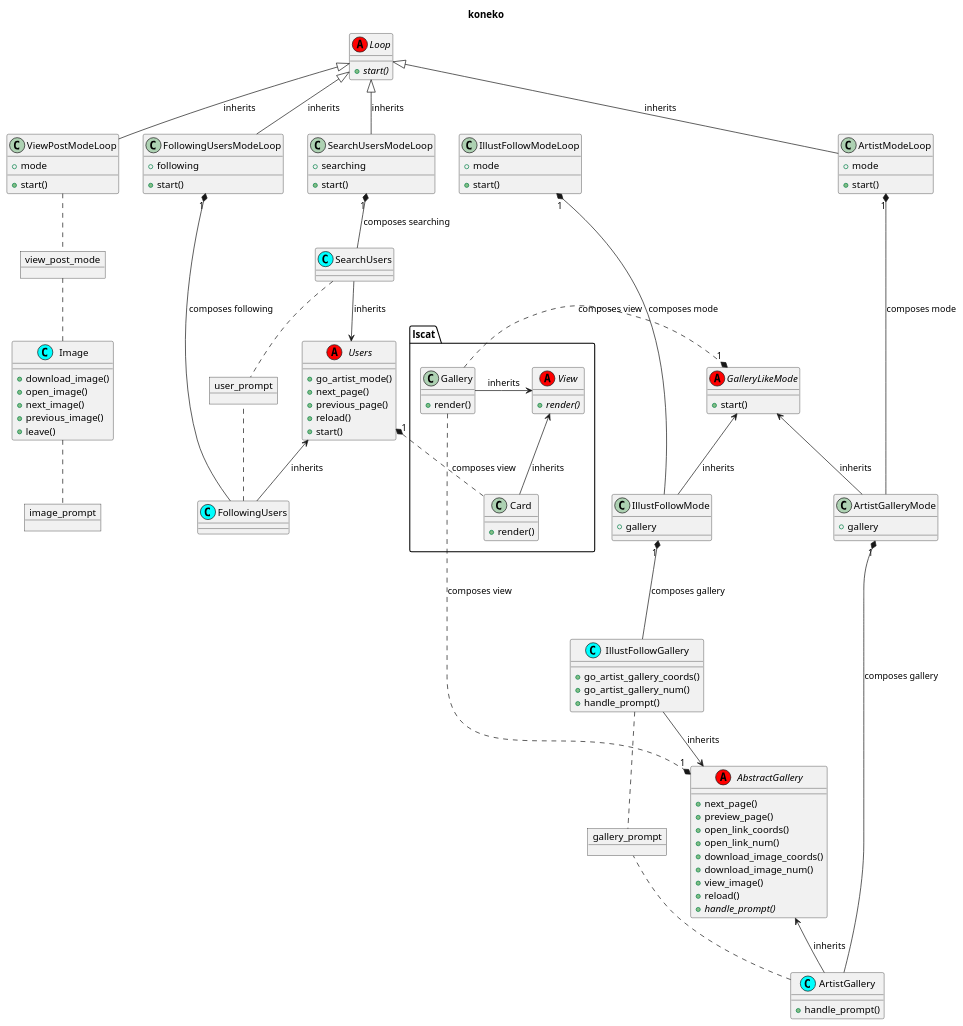
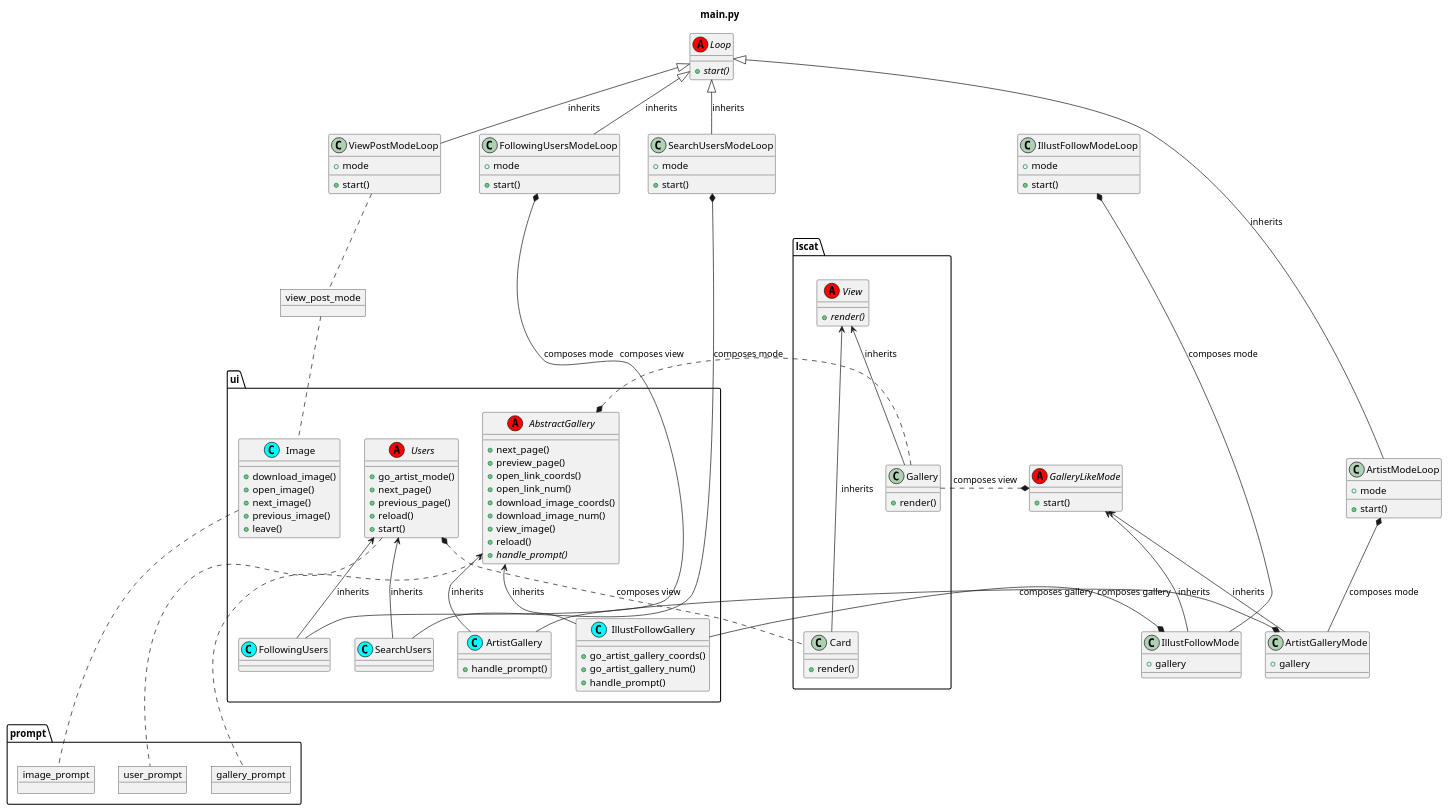
One commit to akazukin5151/koneko-old changed the diagram in classes.puml. Above: the diagram before and after it, drawn with PlantUML. The commit also changed 1 other file, not shown here.

Commit message:
Updated UML diagram

```diff
--- a/classes.puml
+++ b/classes.puml
@@ -1,151 +1,148 @@
 @startuml
 
-title koneko
-
+title main.py
 
 abstract class Loop <<(A, red)>>{
   +{abstract}start()
 }
 
 class ArtistModeLoop {
     + mode
     +start()
 }
 class IllustFollowModeLoop {
     + mode
     +start()
 }
 Loop <|-down- ArtistModeLoop: inherits
 Loop <|-down[hidden]- IllustFollowModeLoop: inherits
 
 
 abstract class GalleryLikeMode <<(A, red)>>{
     +start()
 }
 class ArtistGalleryMode {
     + gallery
 }
 class IllustFollowMode {
     + gallery
 }
-abstract class AbstractGallery <<(A, red)>>{
+abstract class ui.AbstractGallery <<(A, red)>>{
     +next_page()
     +preview_page()
     +open_link_coords()
     +open_link_num()
     +download_image_coords()
     +download_image_num()
     +view_image()
     +reload()
     +{abstract}handle_prompt()
 }
 
-class ArtistGallery <<(C, cyan)>>{
+class ui.ArtistGallery <<(C, cyan)>>{
     +handle_prompt()
 }
-class IllustFollowGallery <<(C, cyan)>>{
+class ui.IllustFollowGallery <<(C, cyan)>>{
     +go_artist_gallery_coords()
     +go_artist_gallery_num()
     +handle_prompt()
 }
-object gallery_prompt
-
 GalleryLikeMode <-down- ArtistGalleryMode: inherits
-ArtistModeLoop "1" *-down- ArtistGalleryMode: composes mode
+ArtistModeLoop*-down- ArtistGalleryMode: composes mode
 
 GalleryLikeMode <-down- IllustFollowMode: inherits
-IllustFollowModeLoop "1" *-down- IllustFollowMode: composes mode
+IllustFollowModeLoop*-down- IllustFollowMode: composes mode
 
-AbstractGallery <-down- IllustFollowGallery: inherits
-IllustFollowMode "1" *-down-- IllustFollowGallery: composes gallery
+ui.AbstractGallery <-down- ui.IllustFollowGallery: inherits
+IllustFollowMode*-down-- ui.IllustFollowGallery: composes gallery
 
-AbstractGallery <-down- ArtistGallery: inherits
-ArtistGalleryMode "1" *-down-- ArtistGallery: composes gallery
+ui.AbstractGallery <-down- ui.ArtistGallery: inherits
+ArtistGalleryMode*-down-- ui.ArtistGallery: composes gallery
 
-gallery_prompt -right[hidden]-> AbstractGallery
-ArtistGallery .right. gallery_prompt
-IllustFollowGallery .right. gallery_prompt
+ui.ArtistGallery -right[hidden]-> ui.IllustFollowGallery
 
 class ViewPostModeLoop {
     + mode
     +start()
 }
 object view_post_mode
-object image_prompt
-class Image <<(C, cyan)>>{
+class ui.Image <<(C, cyan)>>{
     + download_image()
     + open_image()
     + next_image()
     + previous_image()
     + leave()
 }
 
-ViewPostModeLoop -right[hidden]-> SearchUsersModeLoop
 Loop <|-down- ViewPostModeLoop: inherits
 ViewPostModeLoop .. view_post_mode
-view_post_mode .. Image
-Image .. image_prompt
+view_post_mode .. ui.Image
 
 
 class FollowingUsersModeLoop {
-    + following
+    + mode
     +start()
 }
 class SearchUsersModeLoop {
-    + searching
+    + mode
     +start()
 }
-object user_prompt
-
-FollowingUsersModeLoop -right[hidden]-> IllustFollowModeLoop
-SearchUsersModeLoop -right[hidden]-> IllustFollowModeLoop
 Loop <|-down- FollowingUsersModeLoop: inherits
 Loop <|-down- SearchUsersModeLoop: inherits
 
-user_prompt -right[hidden]-> Users
-FollowingUsers .. user_prompt
-SearchUsers .. user_prompt
-
-class FollowingUsers <<(C, cyan)>>
-class SearchUsers <<(C, cyan)>>
-abstract class Users <<(A, red)>>{
+class ui.FollowingUsers <<(C, cyan)>>
+class ui.SearchUsers <<(C, cyan)>>
+abstract class ui.Users <<(A, red)>>{
     +go_artist_mode()
     +next_page()
     +previous_page()
     +reload()
     +start()
 }
-Users <-down- FollowingUsers: inherits
-Users <-down- SearchUsers: inherits
-FollowingUsersModeLoop "1" *-down- FollowingUsers: composes following
-SearchUsersModeLoop "1" *-down- SearchUsers: composes searching
+ui.Users <-down- ui.FollowingUsers: inherits
+ui.Users <-down- ui.SearchUsers: inherits
+FollowingUsersModeLoop*-down- ui.FollowingUsers: composes mode
+SearchUsersModeLoop*-down- ui.SearchUsers: composes mode
+
 
 abstract class lscat.View <<(A, red)>>{
     +{abstract}render()
 }
 class lscat.Card {
     + render()
 }
 class lscat.Gallery {
     + render()
 }
 
-lscat.View <-down- lscat.Card: inherits
-lscat.View <-left- lscat.Gallery: inherits
+lscat.View <-right- lscat.Card: inherits
+lscat.View <-down- lscat.Gallery: inherits
 
-Users "1" *.down. lscat.Card: composes view
-GalleryLikeMode "1" *.up lscat.Gallery: composes view
-AbstractGallery "1" *.up lscat.Gallery: composes view
+ui.Users*.down. lscat.Card: composes view
+GalleryLikeMode*.up lscat.Gallery: composes view
+ui.AbstractGallery*.up lscat.Gallery: composes view
 
-AbstractGallery --up[hidden]-> GalleryLikeMode
+ui.AbstractGallery --up[hidden]-> GalleryLikeMode
 IllustFollowMode -right[hidden]-> ArtistGalleryMode
-SearchUsers -right[hidden]-> IllustFollowMode
+ui.SearchUsers -right[hidden]-> IllustFollowMode
 
-lscat.Gallery --left[hidden]-> IllustFollowGallery
-GalleryLikeMode -down[hidden]-> IllustFollowGallery
-GalleryLikeMode -down[hidden]-> ArtistGallery
+GalleryLikeMode -down[hidden]-> ui.IllustFollowGallery
+GalleryLikeMode -down[hidden]-> ui.ArtistGallery
 
-Users -right[hidden]-> GalleryLikeMode
+ui.Users -right[hidden]-> GalleryLikeMode
 lscat.Card -up[hidden]-> GalleryLikeMode
+lscat.Card -up[hidden]-> lscat.Gallery
+lscat.Card --up[hidden]-> ui.AbstractGallery
+
+package prompt {
+    object user_prompt
+    ui.Users .. user_prompt
+
+    object gallery_prompt
+    ui.AbstractGallery .down. gallery_prompt
+
+    object image_prompt
+    ui.Image .down..image_prompt
+}
 
 @enduml
```
